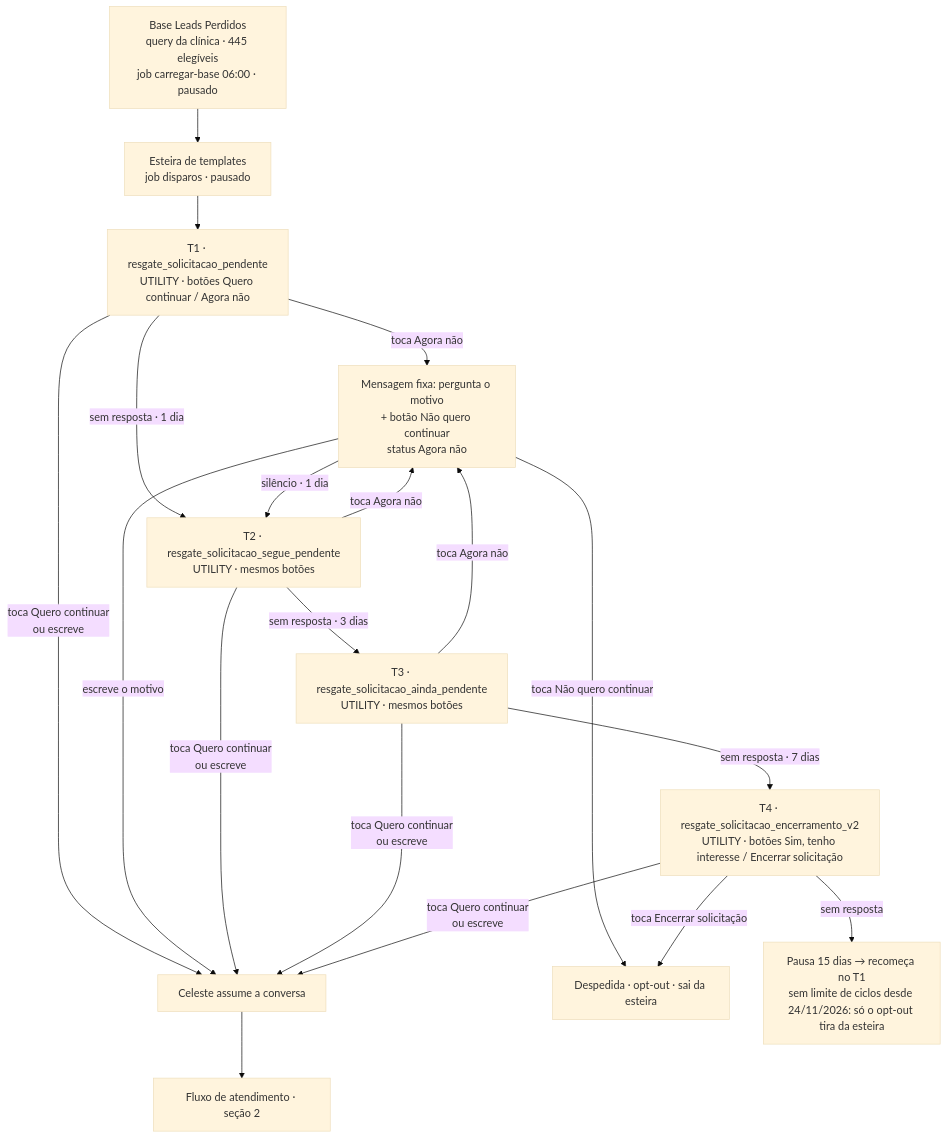
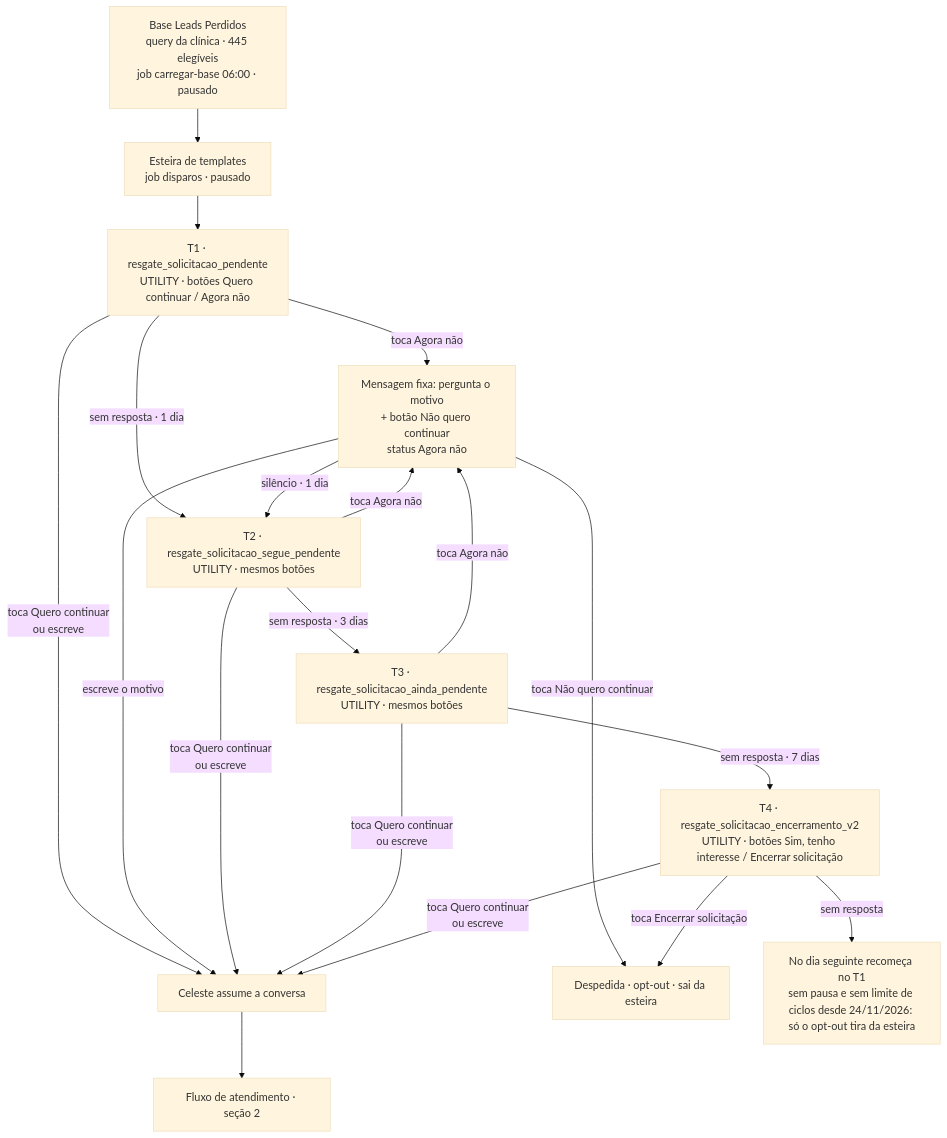
Before and after one commit to celeste-passoni/celeste-passoni: the first of 2 diagrams in docs/fluxo-leads-perdidos.md, drawn with Mermaid (base theme). The commit also changed 4 other files, not shown here.

Commit message:
Esteira sem pausa entre os ciclos: T1 volta 1 dia depois do T4 (decisão da clínica 24/11)

````diff
--- a/docs/fluxo-leads-perdidos.md
+++ b/docs/fluxo-leads-perdidos.md
@@ -7,21 +7,21 @@
 ```mermaid
 flowchart TD
     A[Base Leads Perdidos<br/>query da clínica · 445 elegíveis<br/>job carregar-base 06:00 · pausado] --> B[Esteira de templates<br/>job disparos · pausado]
     B --> T1[T1 · resgate_solicitacao_pendente<br/>UTILITY · botões Quero continuar / Agora não]
     T1 -->|toca Quero continuar<br/>ou escreve| C[Celeste assume a conversa]
     T1 -->|toca Agora não| AN[Mensagem fixa: pergunta o motivo<br/>+ botão Não quero continuar<br/>status Agora não]
     T1 -->|sem resposta · 1 dia| T2[T2 · resgate_solicitacao_segue_pendente<br/>UTILITY · mesmos botões]
     AN -->|escreve o motivo| C
     AN -->|toca Não quero continuar| OUT[Despedida · opt-out · sai da esteira]
     AN -->|silêncio · 1 dia| T2
     T2 -->|toca Quero continuar<br/>ou escreve| C
     T2 -->|toca Agora não| AN
     T2 -->|sem resposta · 3 dias| T3[T3 · resgate_solicitacao_ainda_pendente<br/>UTILITY · mesmos botões]
     T3 -->|toca Quero continuar<br/>ou escreve| C
     T3 -->|toca Agora não| AN
     T3 -->|sem resposta · 7 dias| T4[T4 · resgate_solicitacao_encerramento_v2<br/>UTILITY · botões Sim, tenho interesse / Encerrar solicitação]
     T4 -->|toca Quero continuar<br/>ou escreve| C
     T4 -->|toca Encerrar solicitação| OUT
-    T4 -->|sem resposta| P[Pausa 15 dias → recomeça no T1<br/>sem limite de ciclos desde 24/11/2026: só o opt-out tira da esteira]
+    T4 -->|sem resposta| P[No dia seguinte recomeça no T1<br/>sem pausa e sem limite de ciclos desde 24/11/2026: só o opt-out tira da esteira]
     C --> F[Fluxo de atendimento · seção 2]
 ```
````
